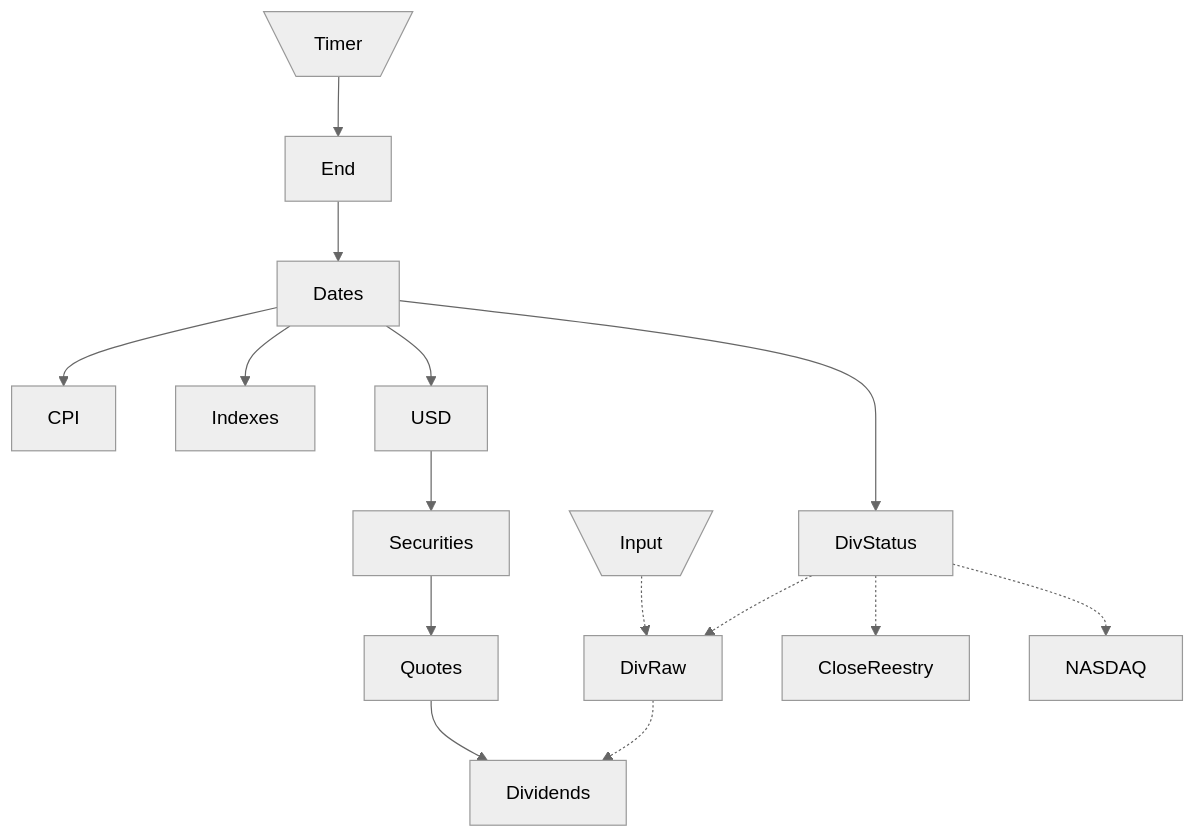
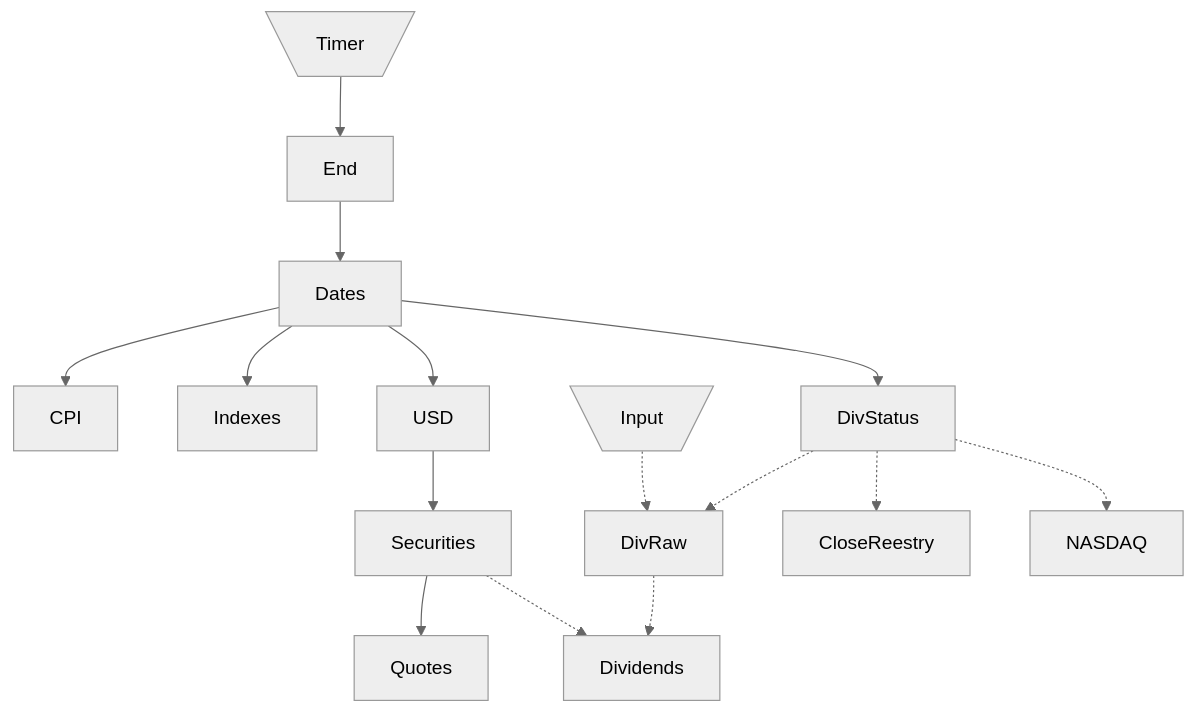
The diagram in data/README.md (WLM1ke/poptimizer), drawn with Mermaid (neutral theme) before and after one commit. The commit also changed other lines of this file, not shown here.

Commit message:
doc: обновление дивидендов привязано к списку торгуемых бумаг

````diff
--- a/data/README.md
+++ b/data/README.md
@@ -6,21 +6,21 @@
 ```mermaid
 flowchart
     Timer[\Timer/]-->End
     End-->Dates
     
     Dates-->CPI
     Dates-->Indexes
     Dates-->USD
 	Dates-->DivStatus
 
 	USD-->Securities
     Securities-->Quotes
-	Quotes-->Dividends
+	Securities-.->Dividends
     
     Input[\Input/]-.->DivRaw
     DivRaw-.->Dividends
     
     DivStatus-.->DivRaw
     DivStatus-.->CloseReestry
     DivStatus-.->NASDAQ
 ```
````
